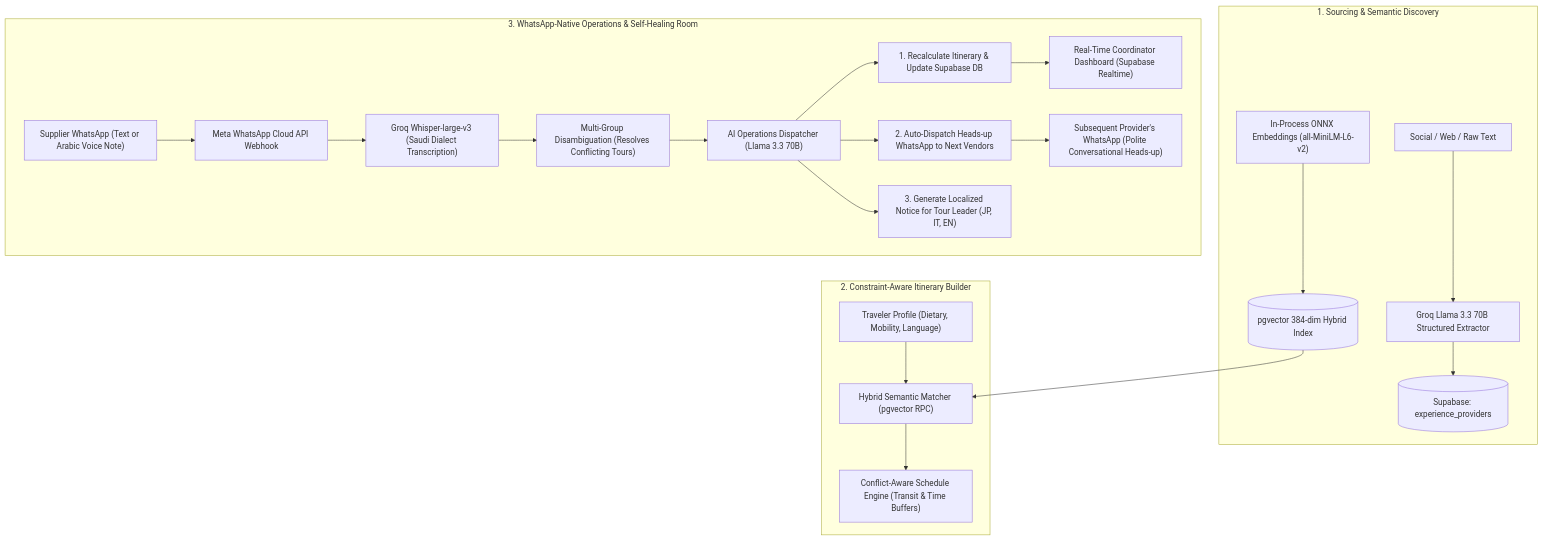
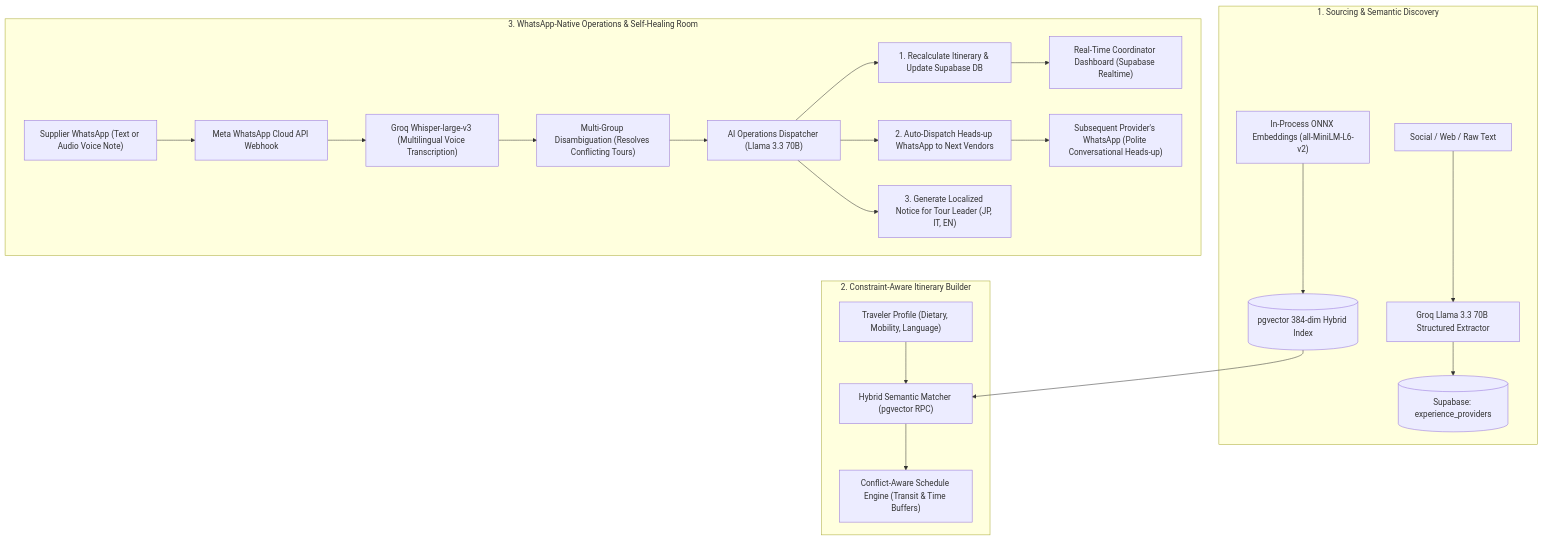
One commit to MohammedNeana/Agentic-Travel-Operations changed the diagram in README.md. Above: the diagram before and after it, drawn with Mermaid. The commit also changed other lines of this file, not shown here.

````diff
--- a/README.md
+++ b/README.md
@@ -31,28 +31,28 @@
 ```mermaid
 flowchart TD
     subgraph Sourcing ["1. Sourcing & Semantic Discovery"]
         Web[Social / Web / Raw Text] --> Extractor["Groq Llama 3.3 70B Structured Extractor"]
         Extractor --> DB_Providers[("Supabase: experience_providers")]
         Emb["In-Process ONNX Embeddings (all-MiniLM-L6-v2)"] --> DB_Vector[("pgvector 384-dim Hybrid Index")]
     end
 
     subgraph Builder ["2. Constraint-Aware Itinerary Builder"]
         Traveler["Traveler Profile (Dietary, Mobility, Language)"] --> Matcher["Hybrid Semantic Matcher (pgvector RPC)"]
         DB_Vector --> Matcher
         Matcher --> Schedule["Conflict-Aware Schedule Engine (Transit & Time Buffers)"]
     end
 
     subgraph LiveOps ["3. WhatsApp-Native Operations & Self-Healing Room"]
-        VendorMsg["Supplier WhatsApp (Text or Arabic Voice Note)"] --> WAHook["Meta WhatsApp Cloud API Webhook"]
-        WAHook --> Whisper["Groq Whisper-large-v3 (Saudi Dialect Transcription)"]
+        VendorMsg["Supplier WhatsApp (Text or Audio Voice Note)"] --> WAHook["Meta WhatsApp Cloud API Webhook"]
+        WAHook --> Whisper["Groq Whisper-large-v3 (Multilingual Voice Transcription)"]
         Whisper --> Disambig["Multi-Group Disambiguation (Resolves Conflicting Tours)"]
         Disambig --> Orchestrator["AI Operations Dispatcher (Llama 3.3 70B)"]
         
         Orchestrator --> Shift["1. Recalculate Itinerary & Update Supabase DB"]
         Orchestrator --> Downstream["2. Auto-Dispatch Heads-up WhatsApp to Next Vendors"]
         Orchestrator --> Multilingual["3. Generate Localized Notice for Tour Leader (JP, IT, EN)"]
         
         Shift --> UI["Real-Time Coordinator Dashboard (Supabase Realtime)"]
         Downstream --> NextVendor["Subsequent Provider's WhatsApp (Polite Conversational Heads-up)"]
     end
 ```
````
